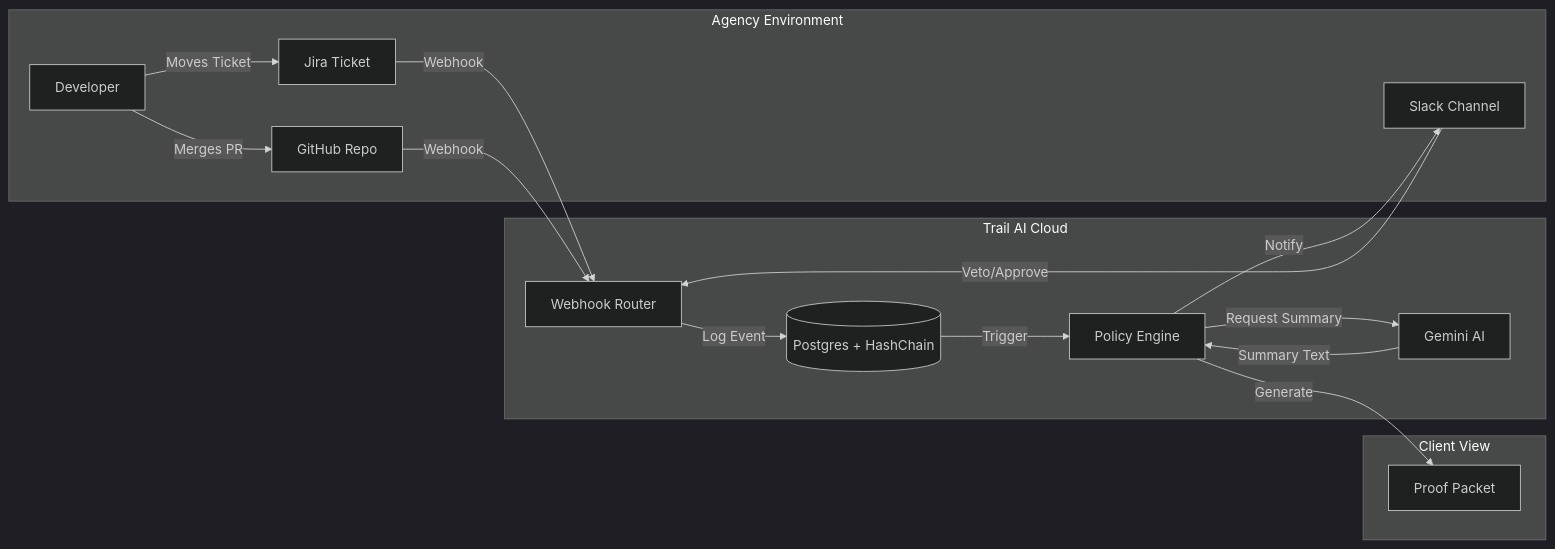
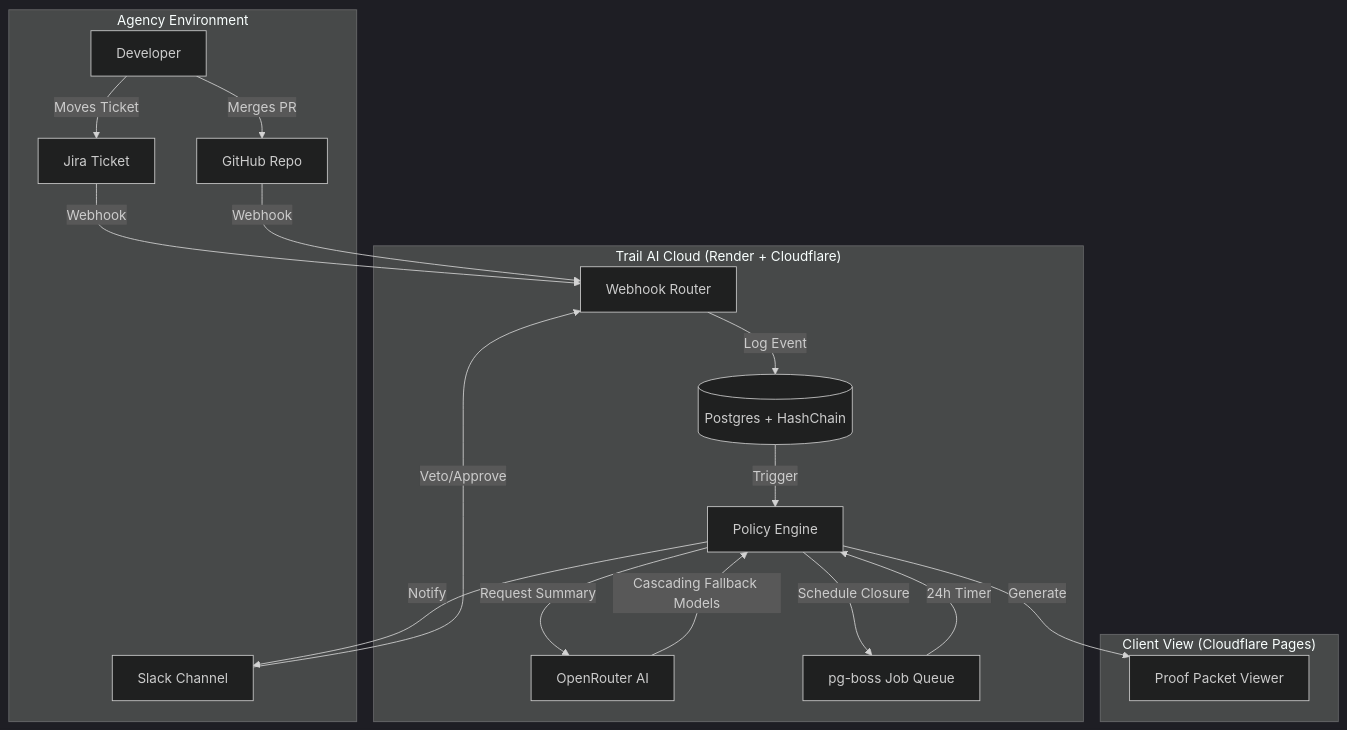
One commit to vins-anity/ShipDocket changed the diagram in docs/ARCHITECTURE.md. Above: the diagram before and after it, drawn with Mermaid (dark theme). The commit also changed other lines of this file and 14 other files, not shown here.

````diff
--- a/docs/ARCHITECTURE.md
+++ b/docs/ARCHITECTURE.md
@@ -17,38 +18,42 @@
 ```mermaid
-flowchart LR
+flowchart TD
     subgraph Agency["Agency Environment"]
         Dev[Developer]
         Jira[Jira Ticket]
         GH[GitHub Repo]
         Slack[Slack Channel]
     end
 
-    subgraph Trail["Trail AI Cloud"]
+    subgraph Trail["Trail AI Cloud (Render + Cloudflare)"]
         WR[Webhook Router]
         Eng[Policy Engine]
         DB[(Postgres + HashChain)]
-        AI[Gemini AI]
+        AI[OpenRouter AI]
+        Q[pg-boss Job Queue]
     end
 
-    subgraph Client["Client View"]
-        Packet[Proof Packet]
+    subgraph Client["Client View (Cloudflare Pages)"]
+        Packet[Proof Packet Viewer]
     end
 
     %% Flows
     Dev --Moves Ticket--> Jira
     Dev --Merges PR--> GH
     
     Jira --Webhook--> WR
     GH --Webhook--> WR
     
     WR --Log Event--> DB
     DB --Trigger--> Eng
     
     Eng --Request Summary--> AI
-    AI --Summary Text--> Eng
+    AI --Cascading Fallback Models--> Eng
     
     Eng --Generate--> Packet
     
     Eng --Notify--> Slack
     Slack --Veto/Approve--> WR
+    
+    Eng --Schedule Closure--> Q
+    Q --24h Timer--> Eng
 ```
````
